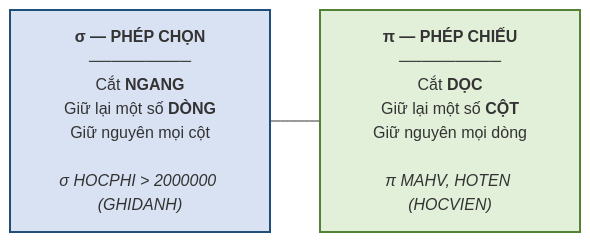
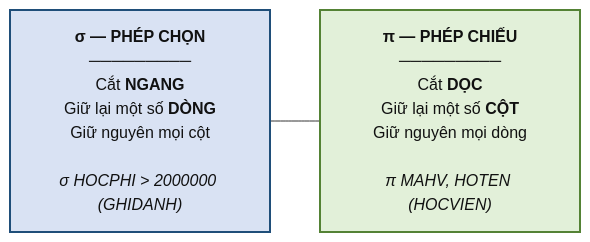
Before and after one commit to CuongNguyenDAU/csdl-dbs201: the first of 2 diagrams in docs/chuong-3/3-5-dai-so-quan-he-phep-chon-va-phep-chieu.md, drawn with Mermaid. The commit also changed other lines of this file and 123 other files, not shown here.

Commit message:
Cập nhật bài giảng v7: sơ đồ ER ký pháp Chen, hình minh họa tự vẽ, mở rộng toàn diện Chương 5 và bổ sung lời giải A4, B5

````diff
--- a/docs/chuong-3/3-5-dai-so-quan-he-phep-chon-va-phep-chieu.md
+++ b/docs/chuong-3/3-5-dai-so-quan-he-phep-chon-va-phep-chieu.md
@@ -42,8 +42,8 @@
 ```mermaid
 flowchart LR
     S["<b>σ — PHÉP CHỌN</b><br/>─────────<br/>Cắt <b>NGANG</b><br/>Giữ lại một số <b>DÒNG</b><br/>Giữ nguyên mọi cột<br/><br/><i>σ HOCPHI &gt; 2000000 (GHIDANH)</i>"]
     P["<b>π — PHÉP CHIẾU</b><br/>─────────<br/>Cắt <b>DỌC</b><br/>Giữ lại một số <b>CỘT</b><br/>Giữ nguyên mọi dòng<br/><br/><i>π MAHV, HOTEN (HOCVIEN)</i>"]
     S --- P
-    style S fill:#D9E2F3,stroke:#1F4E79,stroke-width:2px
-    style P fill:#E2F0D9,stroke:#548235,stroke-width:2px
+    style S fill:#D9E2F3,stroke:#1F4E79,stroke-width:2px,color:#111111
+    style P fill:#E2F0D9,stroke:#548235,stroke-width:2px,color:#111111
 ```
````
